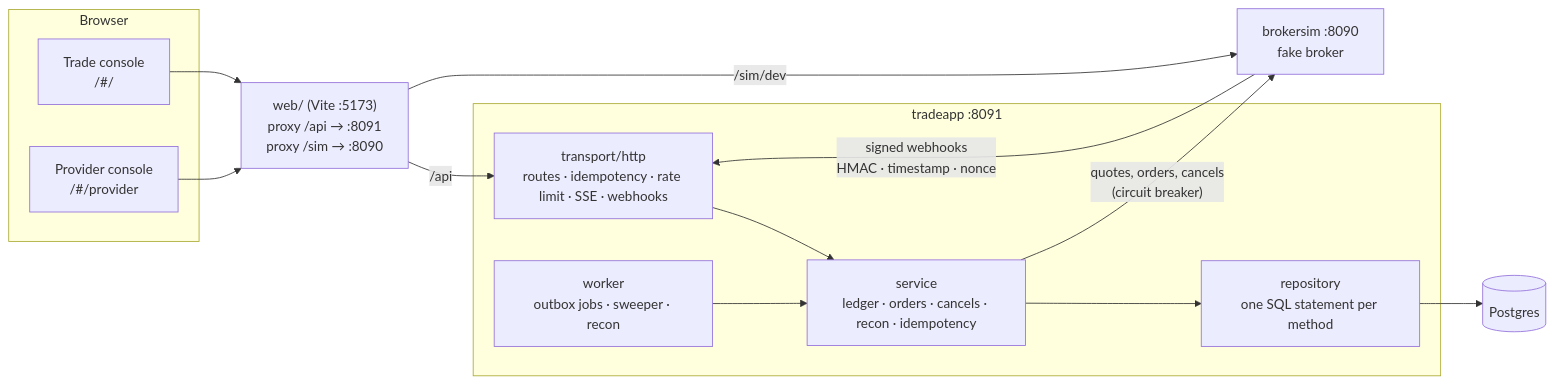
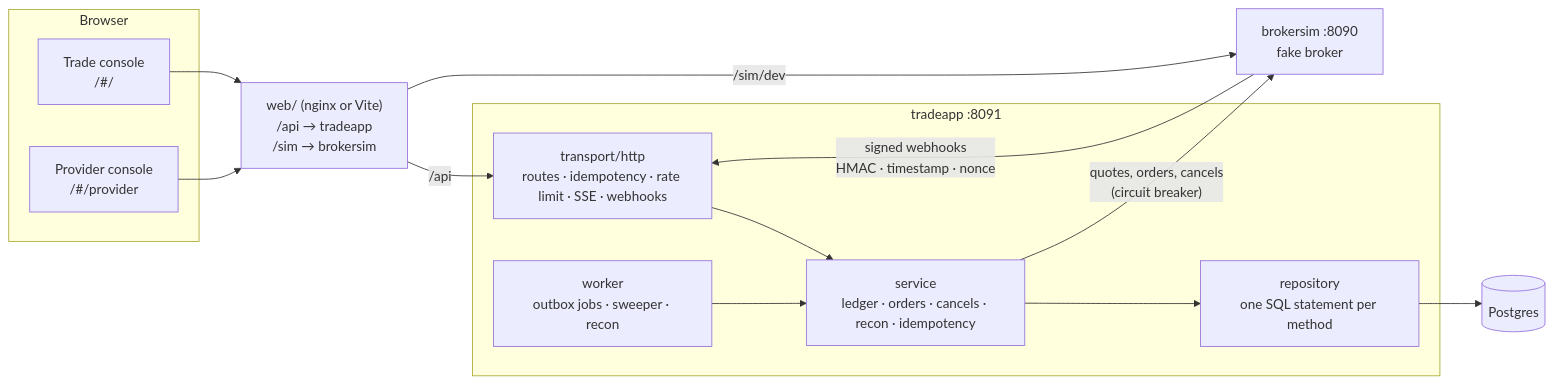
One commit to babafemi99/vfs changed the first of 3 diagrams in README.md. Above: the diagram before and after it, drawn with Mermaid. The commit also changed other lines of this file and 2 other files, not shown here.

````diff
--- a/README.md
+++ b/README.md
@@ -12,27 +68,27 @@
 ```mermaid
 flowchart LR
     subgraph browser [Browser]
         TC["Trade console<br/>/#/"]
         PC["Provider console<br/>/#/provider"]
     end
-    WEB["web/ (Vite :5173)<br/>proxy /api → :8091<br/>proxy /sim → :8090"]
+    WEB["web/ (nginx or Vite)<br/>/api → tradeapp<br/>/sim → brokersim"]
 
     subgraph trade ["tradeapp :8091"]
         T["transport/http<br/>routes · idempotency · rate limit · SSE · webhooks"]
         S["service<br/>ledger · orders · cancels · recon · idempotency"]
         R["repository<br/>one SQL statement per method"]
         W["worker<br/>outbox jobs · sweeper · recon"]
     end
     DB[("Postgres")]
     B["brokersim :8090<br/>fake broker"]
 
     TC --> WEB
     PC --> WEB
     WEB -->|/api| T
     WEB -->|/sim/dev| B
     T --> S
     W --> S
     S --> R --> DB
     S -->|"quotes, orders, cancels<br/>(circuit breaker)"| B
     B -->|"signed webhooks<br/>HMAC · timestamp · nonce"| T
 ```
````
